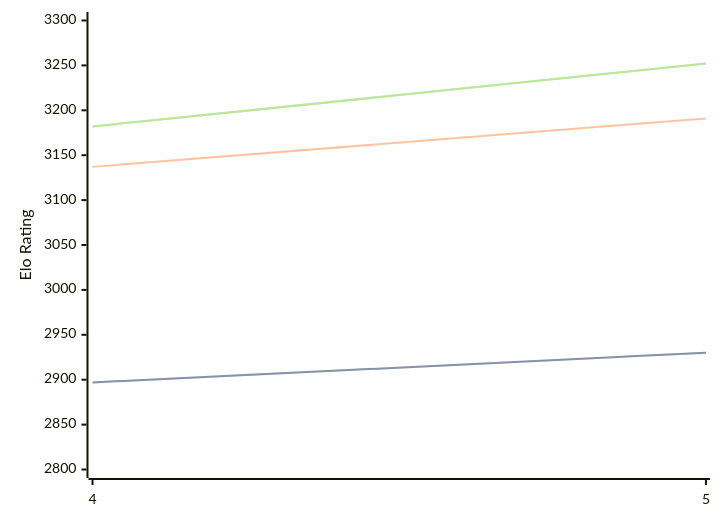
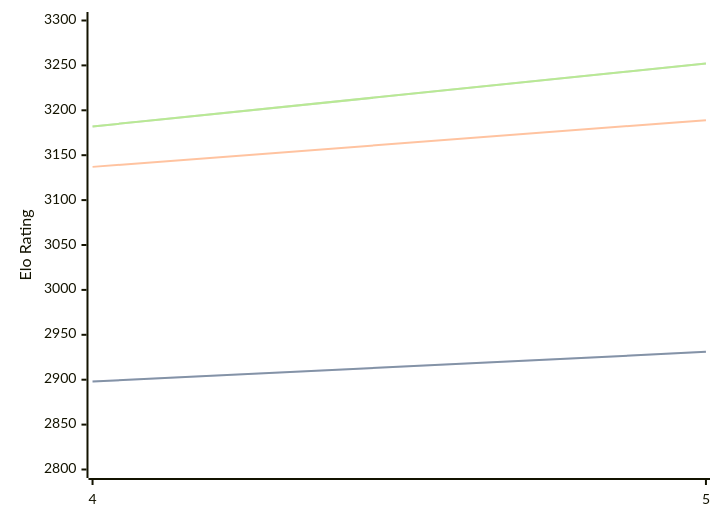
One commit to computer-chess-index/cci changed the diagram in engines/Cwtch.md. Above: the diagram before and after it, drawn with Mermaid. The commit also changed other lines of this file, not shown here.

````diff
--- a/engines/Cwtch.md
+++ b/engines/Cwtch.md
@@ -34,11 +34,11 @@
 ```mermaid
 %%{init: {"theme":"base","themeVariables":{"seriesColors:['#a3a3a3','#222221','#faa371']}}}%%
 xychart-beta
   x-axis ["4", "5"]
   y-axis "Elo Rating" 2800 --> 3300
-  line "STC (8.0+0.08s)" [2897, 2930]
-  line "STC (8.0+0.08s)" [2897, 2930]
-  line "LTC (60.0+0.60s)" [3137, 3191]
+  line "STC (8.0+0.08s)" [2898, 2931]
+  line "STC (8.0+0.08s)" [2898, 2931]
+  line "LTC (60.0+0.60s)" [3137, 3189]
   line "VLTC (2m24s+1.12s)" [3182, 3252]
   line "VLTC (2m24s+1.12s)" [3182, 3252]
 ```
````
